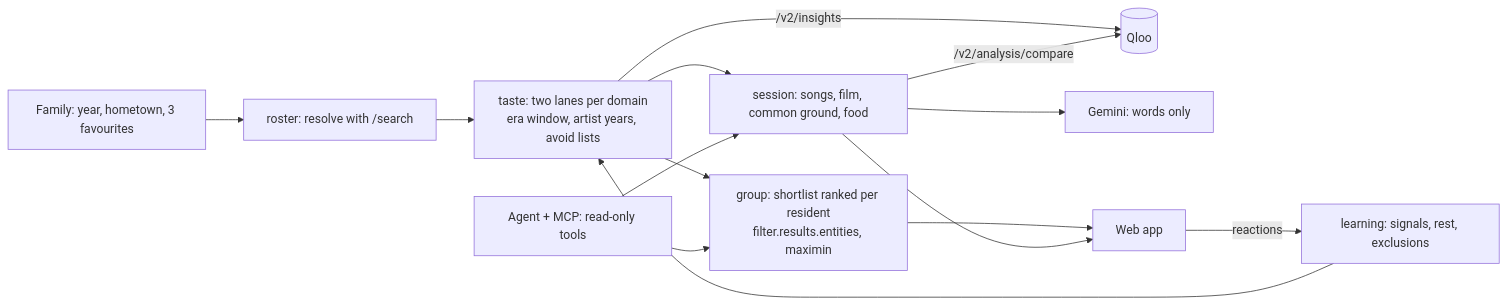
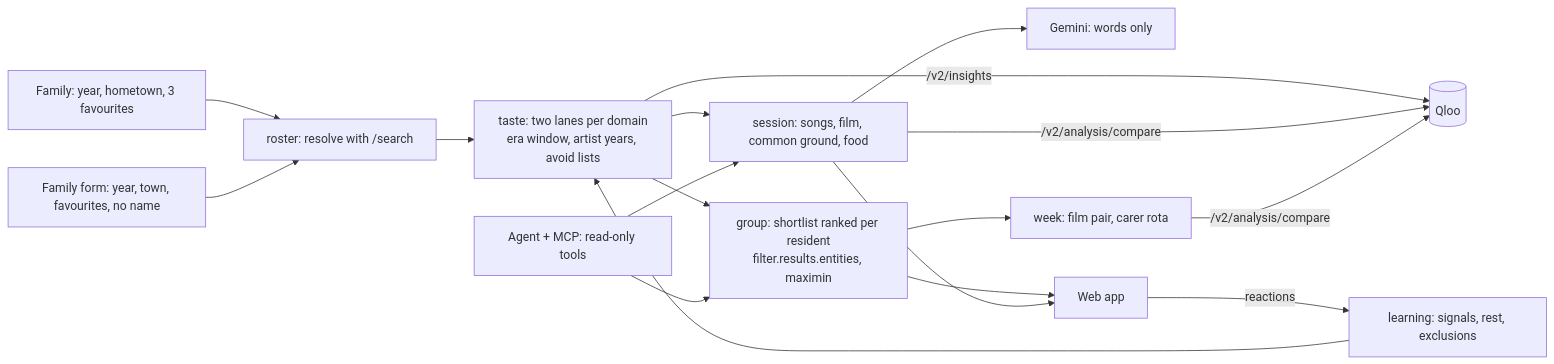
One commit to Marc-Dvci/Encore changed the diagram in README.md. Above: the diagram before and after it, drawn with Mermaid. The commit also changed other lines of this file and 25 other files, not shown here.

Commit message:
Family form and weekly plan

````diff
--- a/README.md
+++ b/README.md
@@ -66,16 +86,19 @@
 ```mermaid
 flowchart LR
   F[Family: year, hometown, 3 favourites] --> R[roster: resolve with /search]
   R --> T[taste: two lanes per domain<br/>era window, artist years, avoid lists]
   T -->|/v2/insights| Q[(Qloo)]
   T --> G[group: shortlist ranked per resident<br/>filter.results.entities, maximin]
   T --> S[session: songs, film, common ground, food]
   S -->|/v2/analysis/compare| Q
   S --> M[Gemini: words only]
   G --> UI[Web app]
   S --> UI
   UI -->|reactions| L[learning: signals, rest, exclusions]
   L --> T
+  G --> W[week: film pair, carer rota]
+  W -->|/v2/analysis/compare| Q
+  FF[Family form: year, town, favourites, no name] --> R
   A[Agent + MCP: read-only tools] --> G
   A --> S
 ```
````
